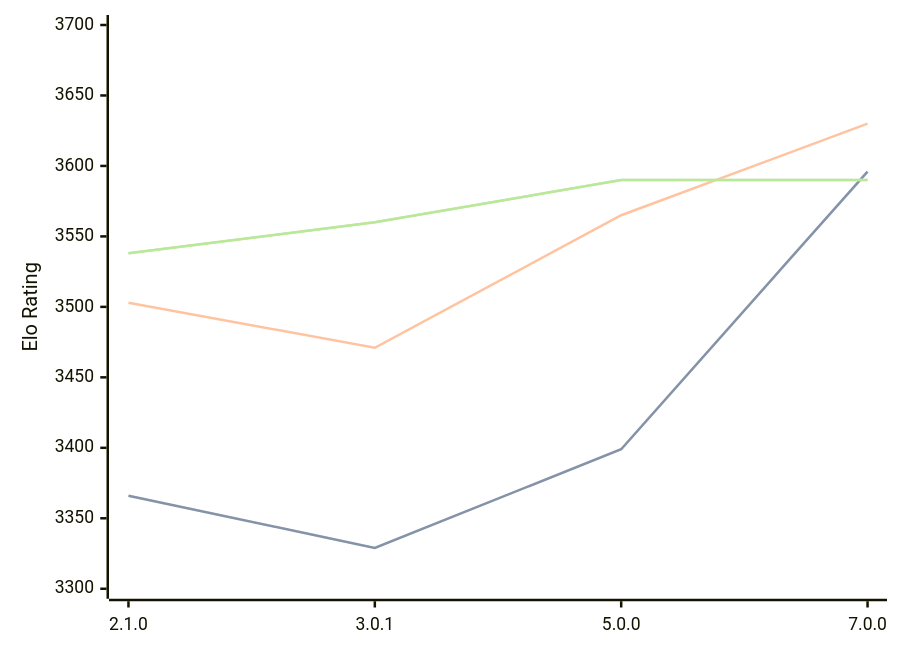
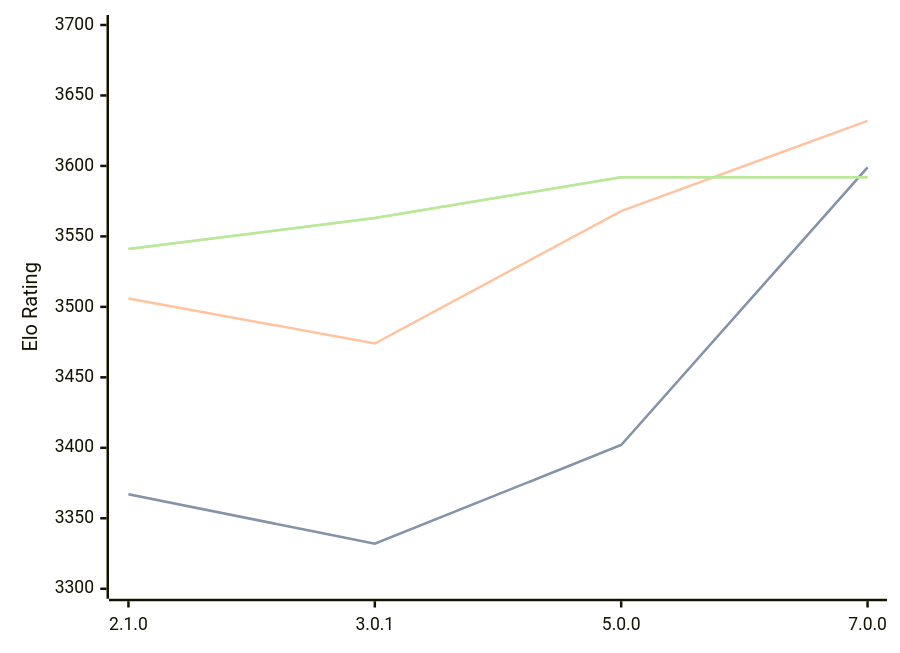
The diagram in engines/PlentyChess.md (computer-chess-index/cci), drawn with Mermaid before and after one commit. The commit also changed other lines of this file, not shown here.

Commit message:
Update CCI Ratings (ELO VLTC) - 2026-02-20

````diff
--- a/engines/PlentyChess.md
+++ b/engines/PlentyChess.md
@@ -42,11 +42,11 @@
 ```mermaid
 %%{init: {"theme":"base","themeVariables":{"seriesColors:['#a3a3a3','#222221','#faa371']}}}%%
 xychart-beta
   x-axis ["2.1.0", "3.0.1", "5.0.0", "7.0.0"]
   y-axis "Elo Rating" 3300 --> 3700
-  line "STC (8.0+0.08s)" [3366, 3329, 3399, 3596]
-  line "STC (8.0+0.08s)" [3366, 3329, 3399, 3596]
-  line "LTC (60.0+0.60s)" [3503, 3471, 3565, 3630]
-  line "VLTC (2m24s+1.12s)" [3538, 3560, 3590, 3590]
-  line "VLTC (2m24s+1.12s)" [3538, 3560, 3590, 3590]
+  line "STC (8.0+0.08s)" [3367, 3332, 3402, 3599]
+  line "STC (8.0+0.08s)" [3367, 3332, 3402, 3599]
+  line "LTC (60.0+0.60s)" [3506, 3474, 3568, 3632]
+  line "VLTC (2m24s+1.12s)" [3541, 3563, 3592, 3592]
+  line "VLTC (2m24s+1.12s)" [3541, 3563, 3592, 3592]
 ```
````
